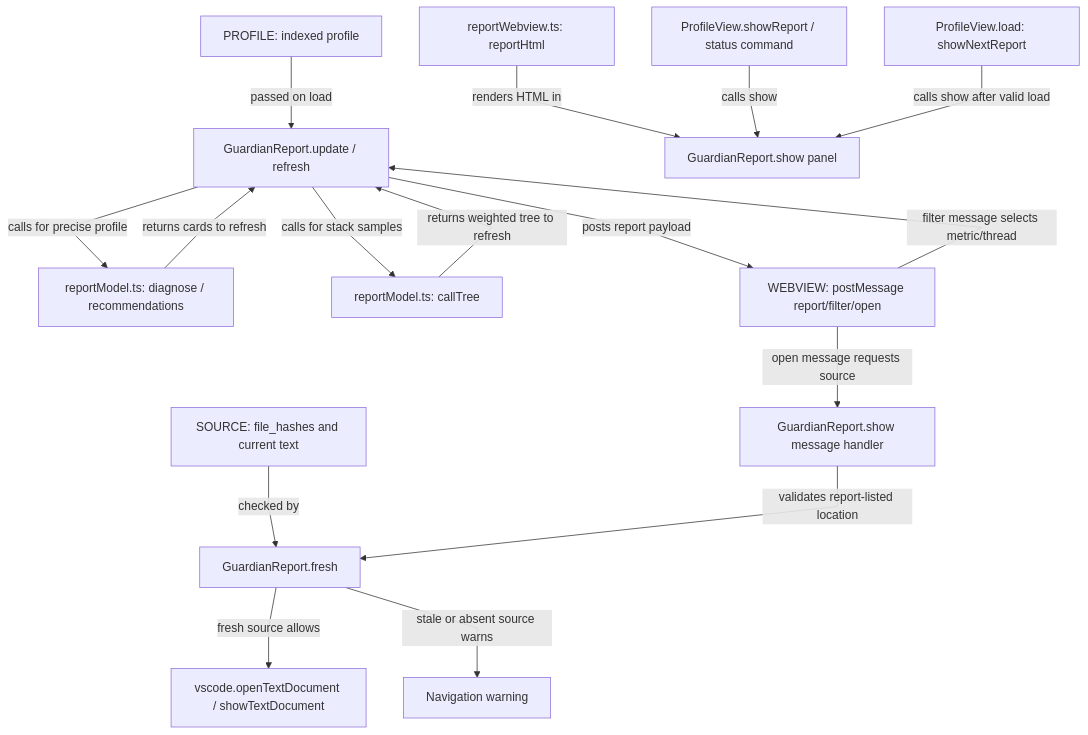
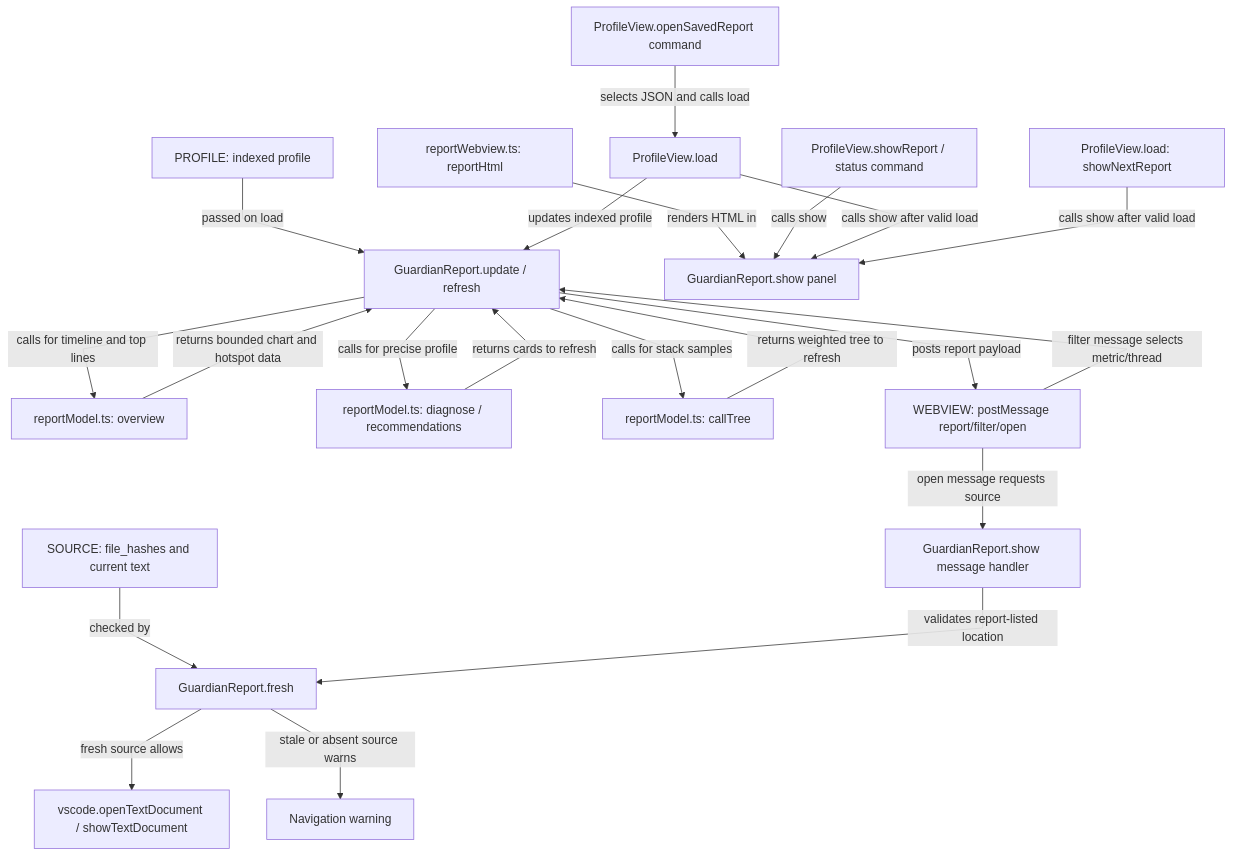
Before and after one commit to AashishTangnami/python-memory-guardian: diagram 12 of 15 in docs/feature-map.md, drawn with Mermaid. The commit also changed other lines of this file and 19 other files, not shown here.

````diff
--- a/docs/feature-map.md
+++ b/docs/feature-map.md
@@ -326,20 +332,25 @@
 ```mermaid
 %%{init: {"fontFamily":"Inter, ui-sans-serif, system-ui, sans-serif","flowchart":{"curve":"linear","nodeSpacing":50,"rankSpacing":60},"layout":"dagre"}}%%
 flowchart TD
     PROFILE["PROFILE: indexed profile"] -->|passed on load| Update["GuardianReport.update / refresh"]
     SOURCE["SOURCE: file_hashes and current text"] -->|checked by| Fresh["GuardianReport.fresh"]
+    Update -->|calls for timeline and top lines| Overview["reportModel.ts: overview"]
     Update -->|calls for precise profile| Diagnose["reportModel.ts: diagnose / recommendations"]
     Update -->|calls for stack samples| Tree["reportModel.ts: callTree"]
+    Overview -->|returns bounded chart and hotspot data| Update
     Diagnose -->|returns cards to refresh| Update
     Tree -->|returns weighted tree to refresh| Update
     WEBVIEW["WEBVIEW: postMessage report/filter/open"]
     Html["reportWebview.ts: reportHtml"] -->|renders HTML in| Panel["GuardianReport.show panel"]
     Command["ProfileView.showReport / status command"] -->|calls show| Panel
+    Saved["ProfileView.openSavedReport command"] -->|selects JSON and calls load| Load["ProfileView.load"]
+    Load -->|updates indexed profile| Update
+    Load -->|calls show after valid load| Panel
     Auto["ProfileView.load: showNextReport"] -->|calls show after valid load| Panel
     Update -->|posts report payload| WEBVIEW
     WEBVIEW -->|filter message selects metric/thread| Update
     WEBVIEW -->|open message requests source| Open["GuardianReport.show message handler"]
     Open -->|validates report-listed location| Fresh
     Fresh -->|fresh source allows| Nav["vscode.openTextDocument / showTextDocument"]
     Fresh -->|stale or absent source warns| Reject["Navigation warning"]
 ```
````
